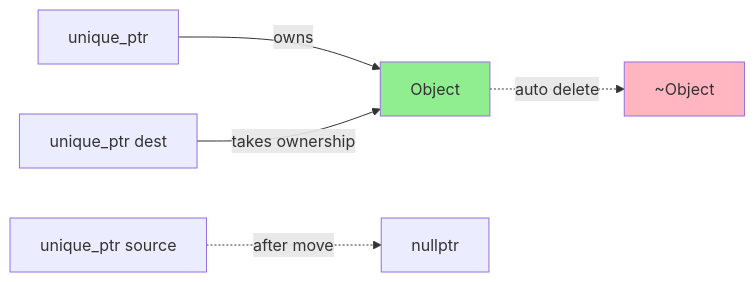
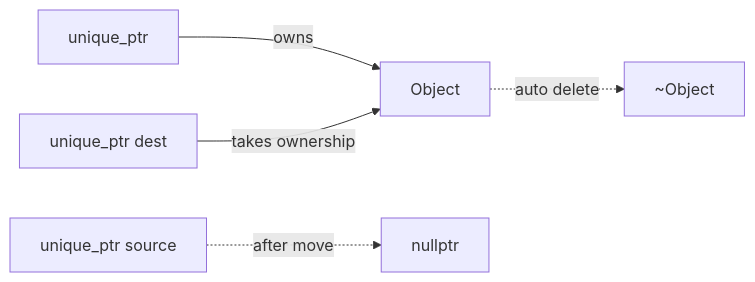
One commit to AndriiSonsiadlo/knowledge-base changed the diagram in docs/programming/cpp/06-pointers-references-and-smart-pointers/unique-ptr.md. Above: the diagram before and after it, drawn with Mermaid. The commit also changed 8 other files, not shown here.

Commit message:
style (C++): theme-agnostic diagrams in memory, pointers and OOP docs

````diff
--- a/docs/programming/cpp/06-pointers-references-and-smart-pointers/unique-ptr.md
+++ b/docs/programming/cpp/06-pointers-references-and-smart-pointers/unique-ptr.md
@@ -21,10 +21,8 @@
 ```mermaid
 graph LR
     A[unique_ptr] -->|owns| B[Object]
     B -.->|auto delete| C[~Object]
-    style B fill:#90EE90
-    style C fill:#FFB6C1
     
     D[unique_ptr source] -.->|after move| E[nullptr]
     F[unique_ptr dest] -->|takes ownership| B
 ```
````
